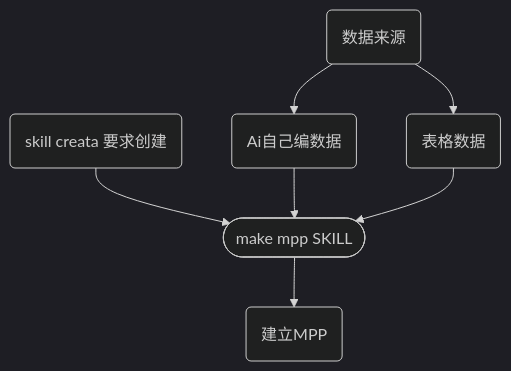
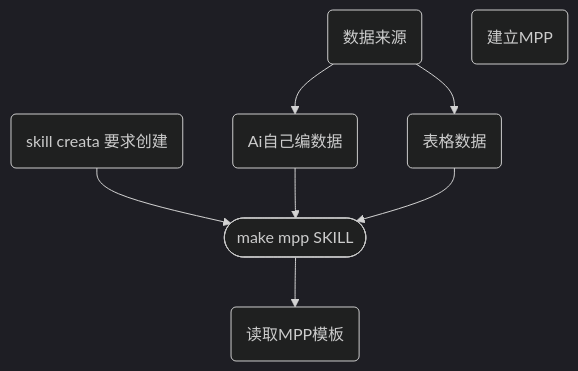
One commit to fireflysss/mermaid-notes changed the diagram in notes/进度MMP skill (local)_289c8ca6-dc65-4f5d-8e6f-773a3c6cc0dc.md. Above: the diagram before and after it, drawn with Mermaid (dark theme). The commit also changed 3 other files, not shown here.

Commit message:
Sync Mermaid Studio data (11 diagrams)

````diff
--- a/notes/进度MMP skill (local)_289c8ca6-dc65-4f5d-8e6f-773a3c6cc0dc.md
+++ b/notes/进度MMP skill (local)_289c8ca6-dc65-4f5d-8e6f-773a3c6cc0dc.md
@@ -3,16 +3,17 @@
 ```mermaid
 flowchart TD
   n_0(["make mpp SKILL"])
   n_1("数据来源")
   n_2("skill  creata 要求创建")
   n_3("Ai自己编数据")
   n_4("表格数据")
   n_5("建立MPP")
+  n_6("读取MPP模板")
   n_1 --> n_3
   n_1 --> n_4
   n_2 --> n_0
   n_3 --> n_0
   n_4 --> n_0
-  n_0 --> n_5
+  n_0 --> n_6
 
 ```
````
